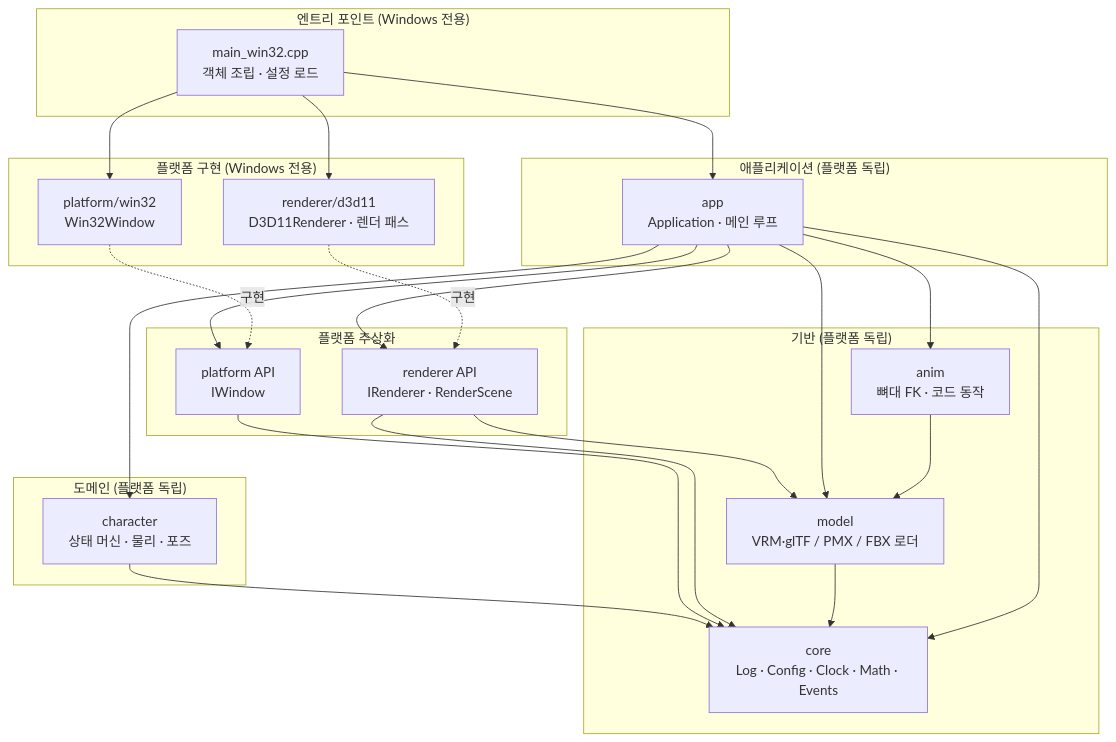
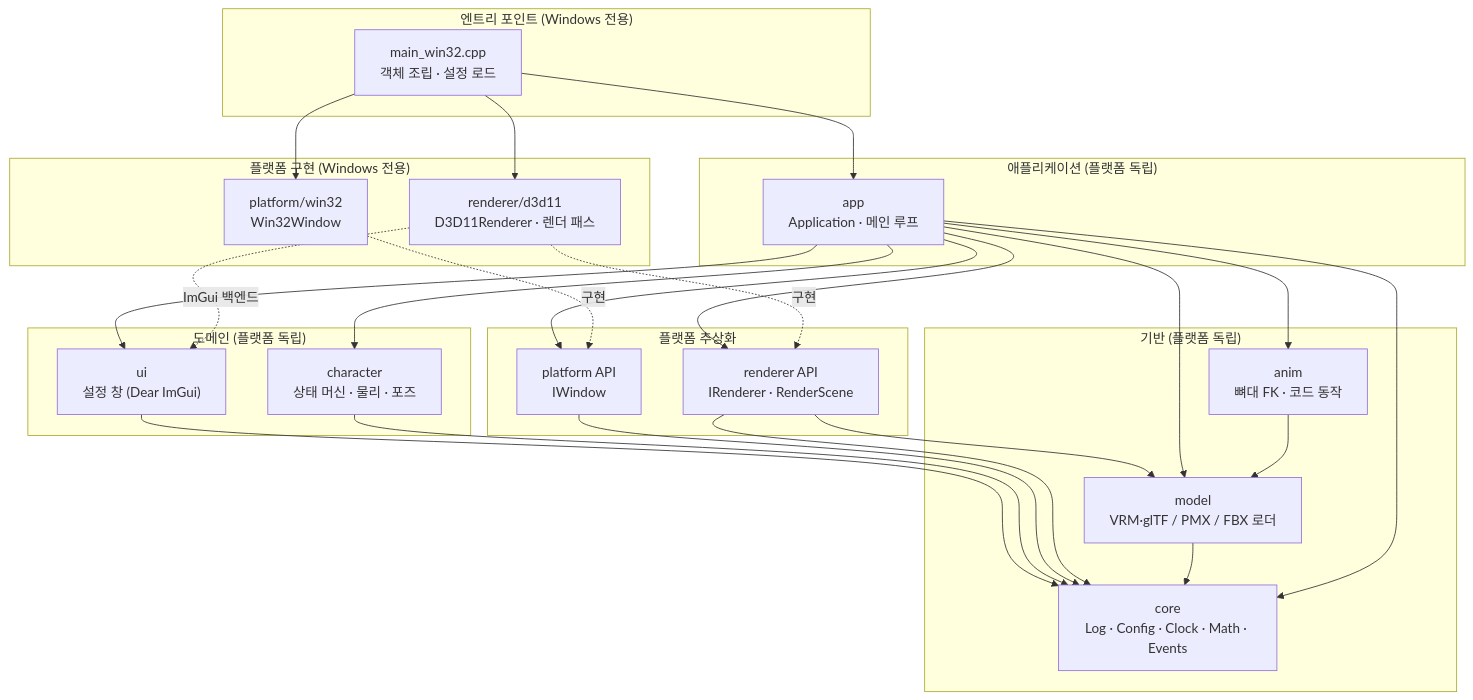
The second of 12 diagrams in docs/02-architecture/SAD.md (ChoHye0N/TinyDeskPet), drawn with Mermaid before and after one commit. The commit also changed other lines of this file and 42 other files, not shown here.

First line of the commit message:
feat(ui): Dear ImGui 설정 창 (ADR-0016) (#41)

````diff
--- a/docs/02-architecture/SAD.md
+++ b/docs/02-architecture/SAD.md
@@ -63,43 +63,47 @@
 ```mermaid
 flowchart TB
     subgraph L4["엔트리 포인트 (Windows 전용)"]
         Main["main_win32.cpp<br/>객체 조립 · 설정 로드"]
     end
     subgraph L3["애플리케이션 (플랫폼 독립)"]
         App["app<br/>Application · 메인 루프"]
     end
     subgraph L2["도메인 (플랫폼 독립)"]
         Char["character<br/>상태 머신 · 물리 · 포즈"]
+        Ui["ui<br/>설정 창 (Dear ImGui)"]
     end
     subgraph L1A["플랫폼 추상화"]
         PApi["platform API<br/>IWindow"]
         RApi["renderer API<br/>IRenderer · RenderScene"]
     end
     subgraph L1B["플랫폼 구현 (Windows 전용)"]
         Win32["platform/win32<br/>Win32Window"]
         D3D["renderer/d3d11<br/>D3D11Renderer · 렌더 패스"]
     end
     subgraph L0["기반 (플랫폼 독립)"]
         Core["core<br/>Log · Config · Clock · Math · Events"]
         Model["model<br/>VRM·glTF / PMX / FBX 로더"]
         Anim["anim<br/>뼈대 FK · 코드 동작"]
     end
 
     Main --> App
     Main --> Win32
     Main --> D3D
     App --> Char
+    App --> Ui
+    Ui --> Core
+    D3D -. "ImGui 백엔드" .-> Ui
     App --> PApi
     App --> RApi
     Win32 -. 구현 .-> PApi
     D3D -. 구현 .-> RApi
     Char --> Core
     PApi --> Core
     RApi --> Core
     RApi --> Model
     App --> Model
     App --> Anim
     Anim --> Model
     Model --> Core
     App --> Core
 ```
````
